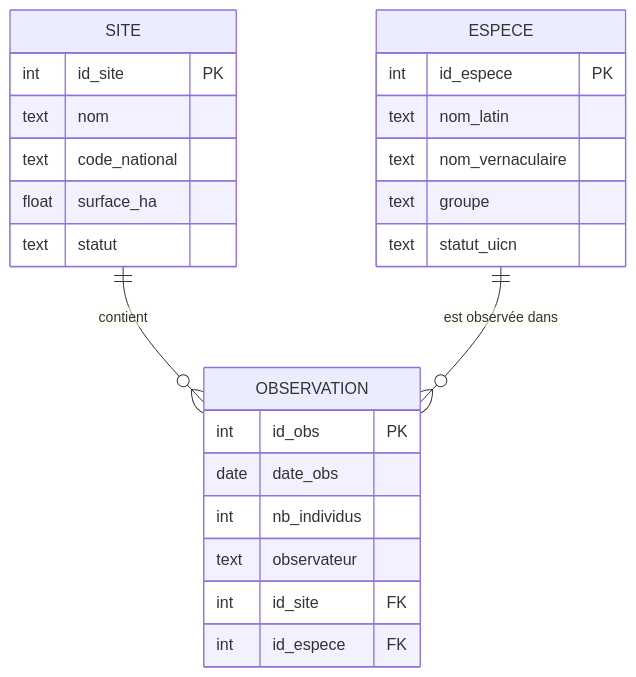
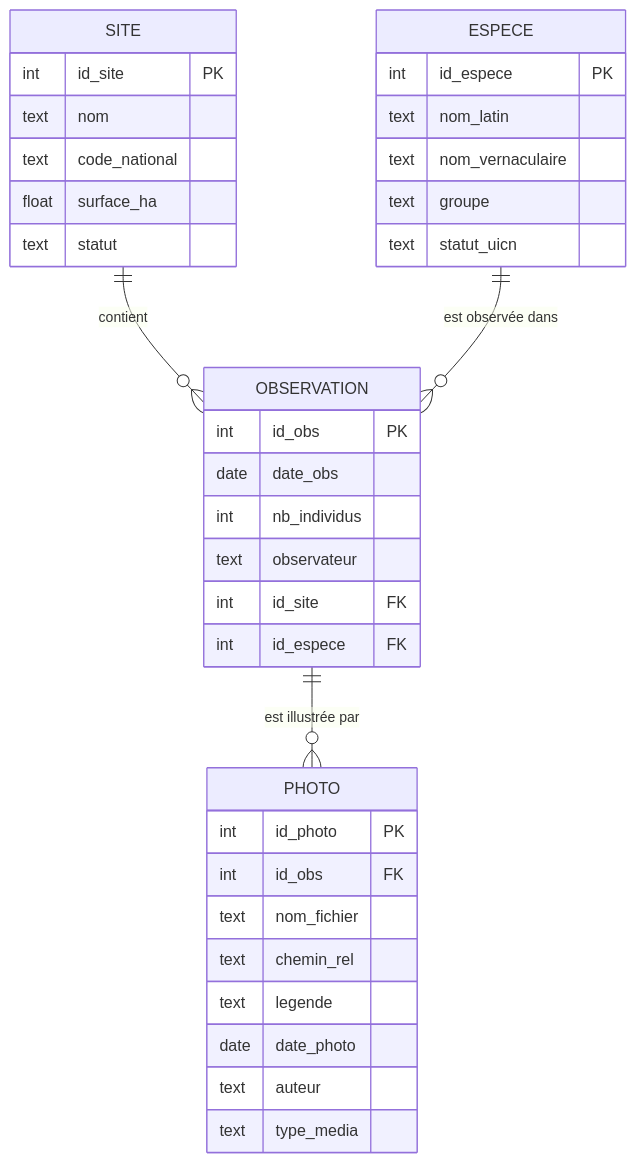
The first of 2 diagrams in base-de-donnees/modelisation-base-de-donnees.qmd (iggroup/formation_qgis), drawn with Mermaid before and after one commit. The commit also changed other lines of this file and 15 other files, not shown here.

````diff
--- a/base-de-donnees/modelisation-base-de-donnees.qmd
+++ b/base-de-donnees/modelisation-base-de-donnees.qmd
@@ -108,30 +126,42 @@
 ```{mermaid}
 erDiagram
     SITE {
         int id_site PK
         text nom
         text code_national
         float surface_ha
         text statut
     }
 
     ESPECE {
         int id_espece PK
         text nom_latin
         text nom_vernaculaire
         text groupe
         text statut_uicn
     }
 
     OBSERVATION {
         int id_obs PK
         date date_obs
         int nb_individus
         text observateur
         int id_site FK
         int id_espece FK
     }
 
+    PHOTO {
+        int id_photo PK
+        int id_obs FK
+        text nom_fichier
+        text chemin_rel
+        text legende
+        date date_photo
+        text auteur
+        text type_media
+    }
+
     SITE ||--o{ OBSERVATION : "contient"
     ESPECE ||--o{ OBSERVATION : "est observée dans"
+    OBSERVATION ||--o{ PHOTO : "est illustrée par"
 ```
````
